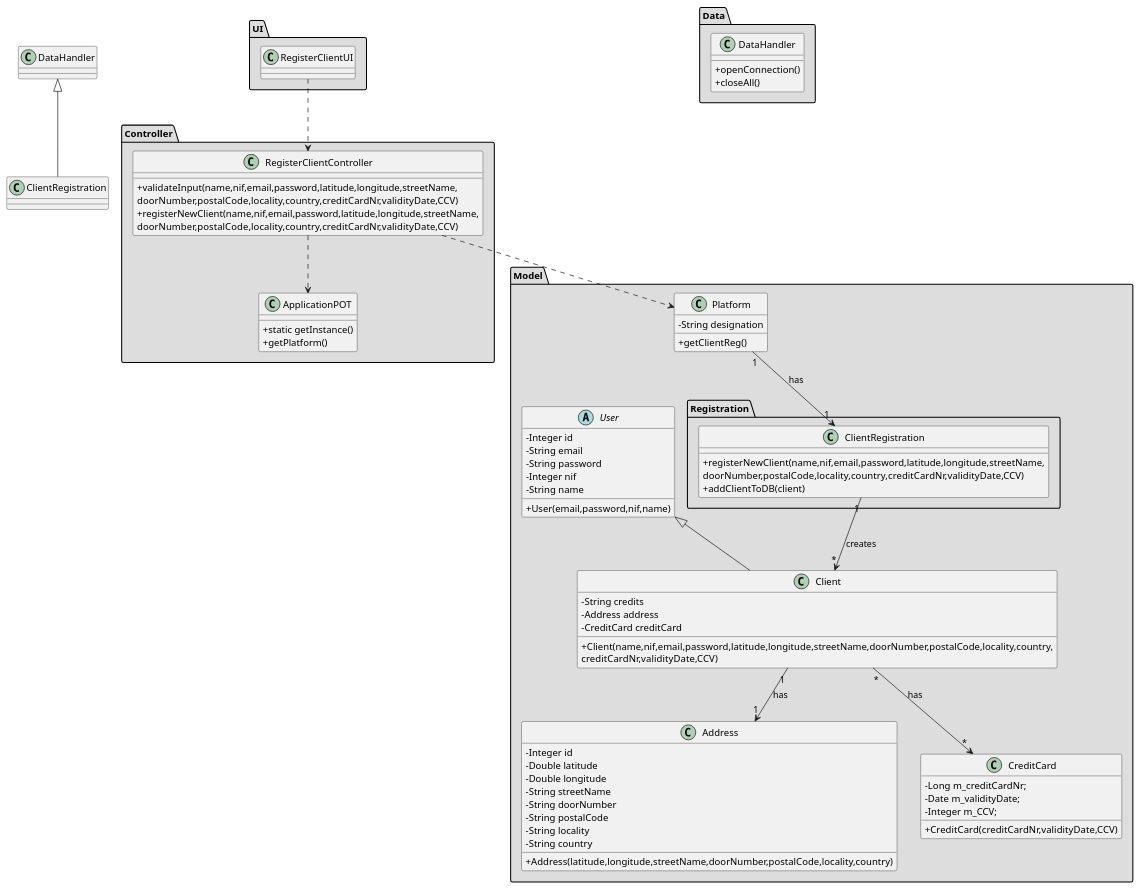
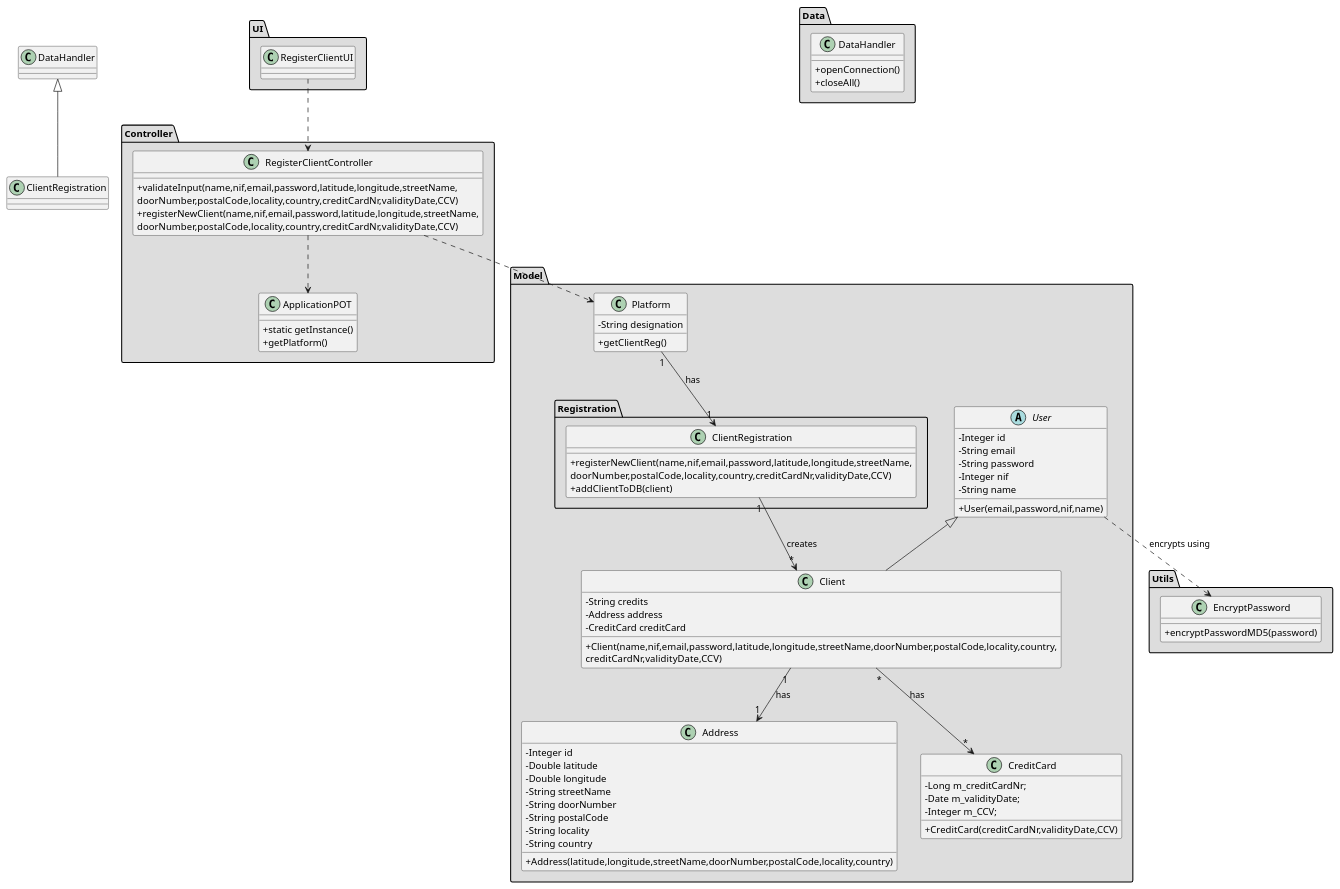
The diagram in docs/Iteration 1/User Management/US18_RegisterClient/US18_CD.puml (tiagoavcosta25/LAPR3), drawn with PlantUML before and after one commit. The commit also changed 14 other files, not shown here.

```diff
--- a/docs/Iteration 1/User Management/US18_RegisterClient/US18_CD.puml
+++ b/docs/Iteration 1/User Management/US18_RegisterClient/US18_CD.puml
@@ -1,105 +1,113 @@
 @startuml
 skinparam classAttributeIconSize 0
 
 
 package "Controller" #DDDDDD {
 class ApplicationPOT
 {
   +static getInstance()
   +getPlatform()
 }
 }
 
 
 package "UI" #DDDDDD {
 class RegisterClientUI{
 
 }
 }
 
 
 package "Controller" #DDDDDD {
 class RegisterClientController{
 +validateInput(name,nif,email,password,latitude,longitude,streetName,\ndoorNumber,postalCode,locality,country,creditCardNr,validityDate,CCV)
 +registerNewClient(name,nif,email,password,latitude,longitude,streetName,\ndoorNumber,postalCode,locality,country,creditCardNr,validityDate,CCV)
 }
 }
 
 
 package "Model" #DDDDDD {
 class Platform {
   -String designation
   +getClientReg()
 }
 package "Registration" #DDDDDD {
  class ClientRegistration{
  +registerNewClient(name,nif,email,password,latitude,longitude,streetName,\ndoorNumber,postalCode,locality,country,creditCardNr,validityDate,CCV)
  +addClientToDB(client)
  }
  }
 }
 
 
 
 
 package "Model" #DDDDDD {
 abstract class User{
 -Integer id
 -String email
 -String password
 -Integer nif
 -String name
 +User(email,password,nif,name)
 }
 
 class Client extends User
 
 class Client{
 -String credits
 -Address address
 -CreditCard creditCard
 +Client(name,nif,email,password,latitude,longitude,streetName,doorNumber,postalCode,locality,country,
                         creditCardNr,validityDate,CCV)
 }
 
 class Address{
 -Integer id
 -Double latitude
 -Double longitude
 -String streetName
 -String doorNumber
 -String postalCode
 -String locality
 -String country
 +Address(latitude,longitude,streetName,doorNumber,postalCode,locality,country)
 }
 
 class CreditCard{
 -Long m_creditCardNr;
 -Date m_validityDate;
 -Integer m_CCV;
 +CreditCard(creditCardNr,validityDate,CCV)
 }
 
 }
 
 
 package "Data" #DDDDDD {
 class DataHandler{
 +openConnection()
 +closeAll()
 }
 
 }
 
+package "Utils" #DDDDDD {
+class EncryptPassword {
++encryptPasswordMD5(password)
+}
+
+}
+
 
 RegisterClientUI ..> RegisterClientController
 RegisterClientController ..> Platform
 RegisterClientController ..> ApplicationPOT
 Platform "1" --> "1" ClientRegistration : has
 ClientRegistration "1" --> "*" Client : creates
 class ClientRegistration extends DataHandler
 Client "1" --> "1" Address : has
 Client "*" --> "*" CreditCard : has
+User ..> EncryptPassword : encrypts using
 
 @enduml
```
